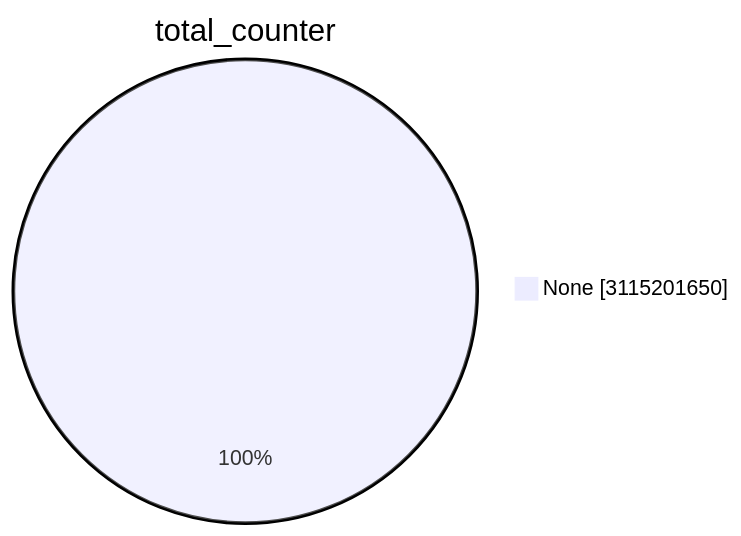
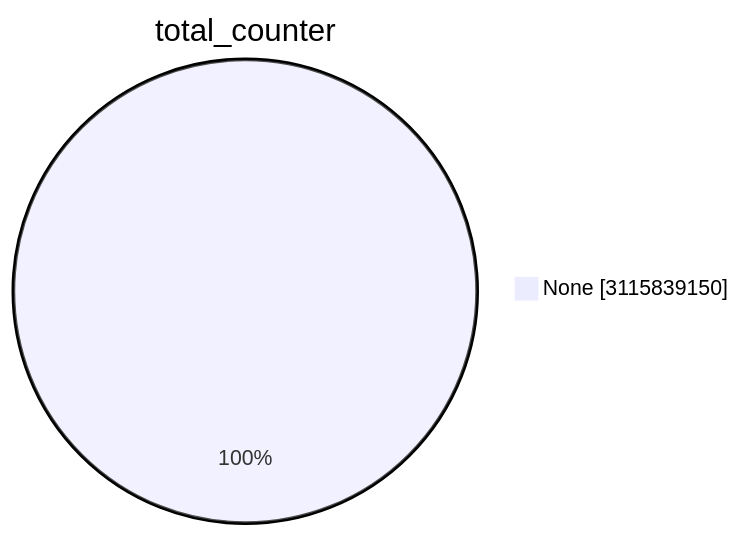
Before and after one commit to christiankrug/ctmonitor_visualization: the first of 15 diagrams in TOTAL/README.md, drawn with Mermaid. The commit also changed other lines of this file, not shown here.

````diff
--- a/TOTAL/README.md
+++ b/TOTAL/README.md
@@ -1,5 +1,5 @@
 ```mermaid
 pie showData
 title total_counter
-"None" :3115201650
+"None" :3115839150
 ```
````
